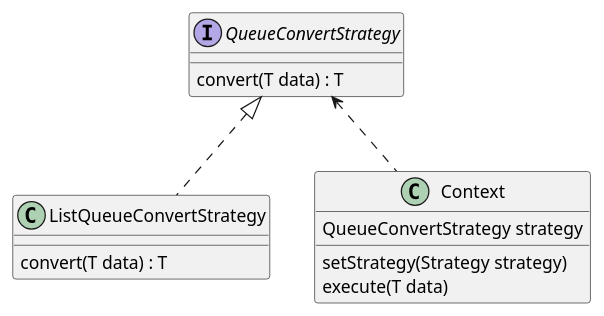
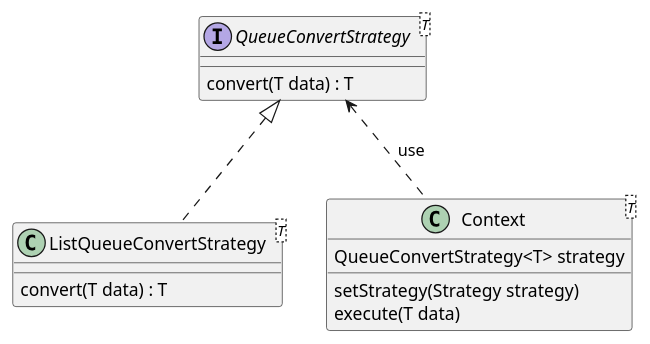
The diagram in src/design/strategy/example/convert/Convert.puml (GitHubFeiLong/design), drawn with PlantUML before and after one commit. The commit also changed 6 other files, not shown here.

```diff
--- a/src/design/strategy/example/convert/Convert.puml
+++ b/src/design/strategy/example/convert/Convert.puml
@@ -1,20 +1,20 @@
 @startuml
 'https://plantuml.com/class-diagram
 
-interface QueueConvertStrategy{
+interface QueueConvertStrategy<T>{
     convert(T data) : T
 }
 
-class ListQueueConvertStrategy{
+class ListQueueConvertStrategy<T>{
     convert(T data) : T
 }
 
-class Context {
-    QueueConvertStrategy strategy
+class Context<T> {
+    QueueConvertStrategy<T> strategy
     setStrategy(Strategy strategy)
     execute(T data)
 }
 
 QueueConvertStrategy <|.. ListQueueConvertStrategy
-QueueConvertStrategy <.. Context
+QueueConvertStrategy <.. Context :  "use"
 @enduml
```
